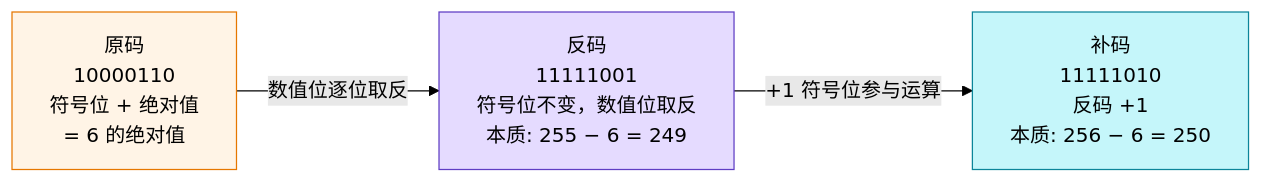
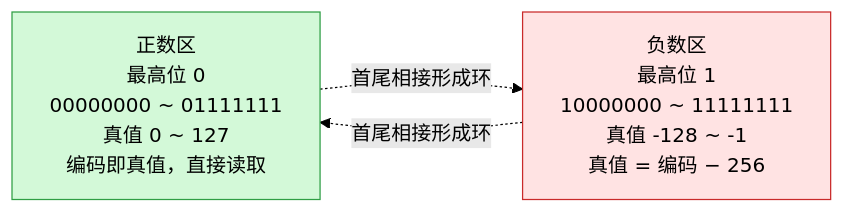
Before and after one commit to luguosong/obsidian-note: the third of 4 diagrams in 编程笔记/03-Java/01-基础/01-JavaSE/基本语法.md, drawn with Mermaid (forest theme). The commit also changed other lines of this file and 5 other files, not shown here.

````diff
--- a/编程笔记/03-Java/01-基础/01-JavaSE/基本语法.md
+++ b/编程笔记/03-Java/01-基础/01-JavaSE/基本语法.md
@@ -661,11 +625,9 @@
 ```mermaid
 graph LR
-    A["原码<br/>10000110<br/>符号位 + 绝对值<br/>= 6 的绝对值"]
-    B["反码<br/>11111001<br/>符号位不变，数值位取反<br/>本质: 255 − 6 = 249"]
-    C["补码<br/>11111010<br/>反码 +1<br/>本质: 256 − 6 = 250"]
-    A -->|数值位逐位取反| B
-    B -->|+1 符号位参与运算| C
-    style A fill:#fff4e6,stroke:#e67700
-    style B fill:#e5dbff,stroke:#5f3dc4
-    style C fill:#c5f6fa,stroke:#0c8599
+    P["正数区<br/>最高位 0<br/>00000000 ~ 01111111<br/>真值 0 ~ 127<br/>编码即真值，直接读取"]
+    N["负数区<br/>最高位 1<br/>10000000 ~ 11111111<br/>真值 -128 ~ -1<br/>真值 = 编码 − 256"]
+    P -.->|首尾相接形成环| N
+    N -.->|首尾相接形成环| P
+    style P fill:#d3f9d8,stroke:#2f9e44
+    style N fill:#ffe3e3,stroke:#c92a2a
 ```
````
